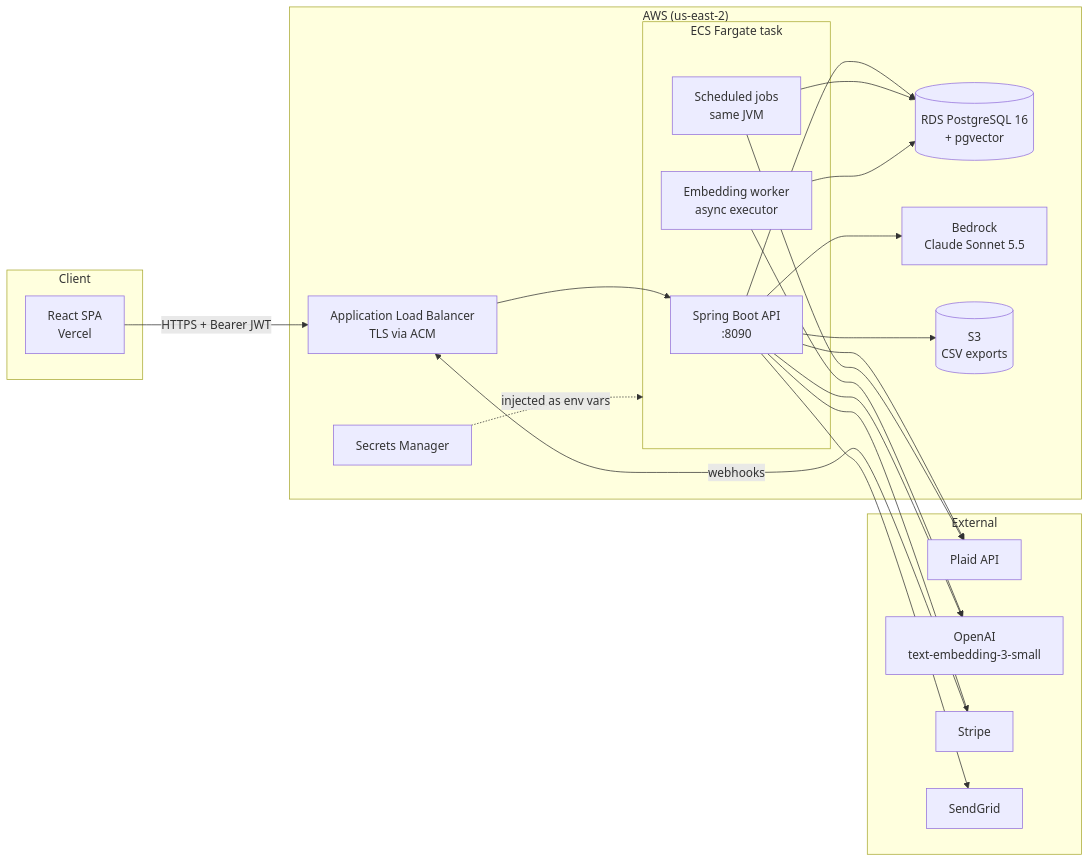
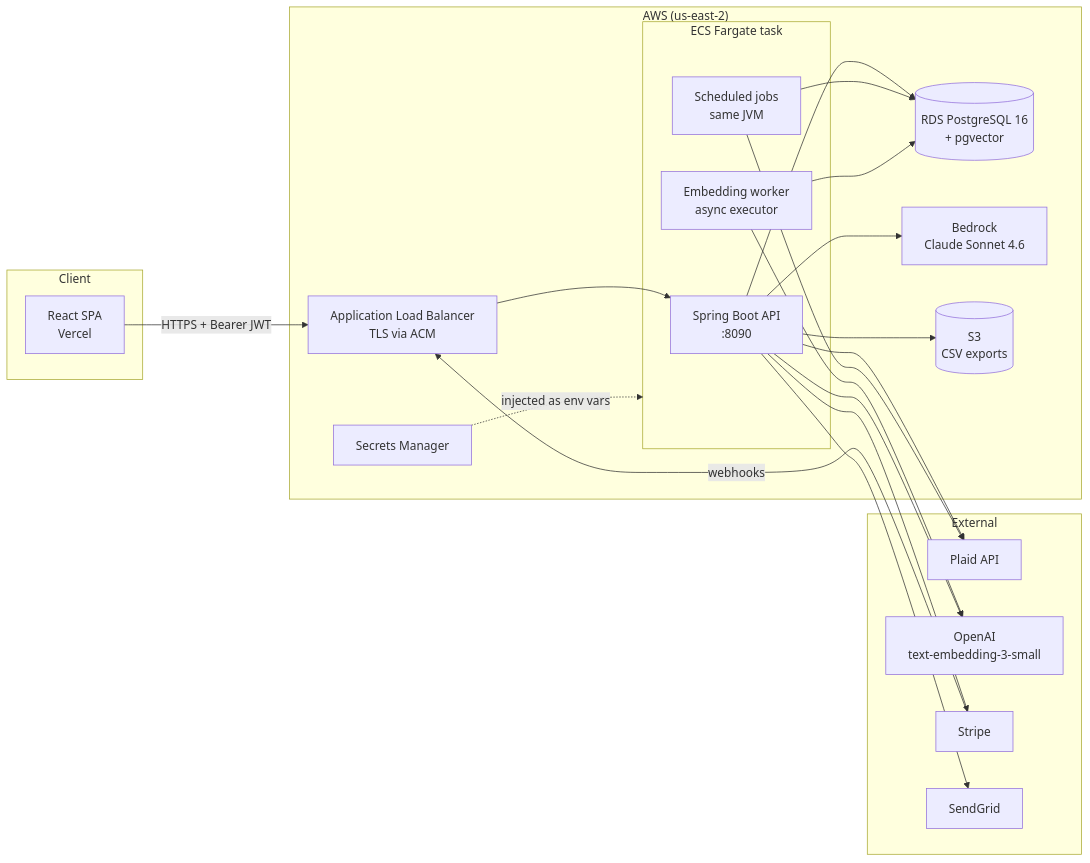
Before and after one commit to TechByChibuzo/finance-coach-backend: the first of 8 diagrams in docs/SYSTEM_DESIGN.md, drawn with Mermaid. The commit also changed other lines of this file and 5 other files, not shown here.

First line of the commit message:
fix(ai): go back to Claude Sonnet 4.6; Sonnet 5.5 isn't enabled on the account

````diff
--- a/docs/SYSTEM_DESIGN.md
+++ b/docs/SYSTEM_DESIGN.md
@@ -24,41 +24,41 @@
 ```mermaid
 flowchart LR
     subgraph Client
         FE[React SPA<br/>Vercel]
     end
 
     subgraph AWS["AWS (us-east-2)"]
         ALB[Application Load Balancer<br/>TLS via ACM]
         subgraph ECS["ECS Fargate task"]
             API[Spring Boot API<br/>:8090]
             SCHED[Scheduled jobs<br/>same JVM]
             ASYNC[Embedding worker<br/>async executor]
         end
         RDS[(RDS PostgreSQL 16<br/>+ pgvector)]
-        BR[Bedrock<br/>Claude Sonnet 5.5]
+        BR[Bedrock<br/>Claude Sonnet 4.6]
         S3[(S3<br/>CSV exports)]
         SM[Secrets Manager]
     end
 
     subgraph External
         PLAID[Plaid API]
         OAI[OpenAI<br/>text-embedding-3-small]
         STRIPE[Stripe]
         SG[SendGrid]
     end
 
     FE -- HTTPS + Bearer JWT --> ALB --> API
     API --> RDS
     SCHED --> RDS
     ASYNC --> RDS
     API --> BR
     ASYNC --> OAI
     API --> OAI
     API --> PLAID
     SCHED --> PLAID
     API --> STRIPE
     STRIPE -- webhooks --> ALB
     API --> SG
     API --> S3
     SM -. injected as env vars .-> ECS
 ```
````
